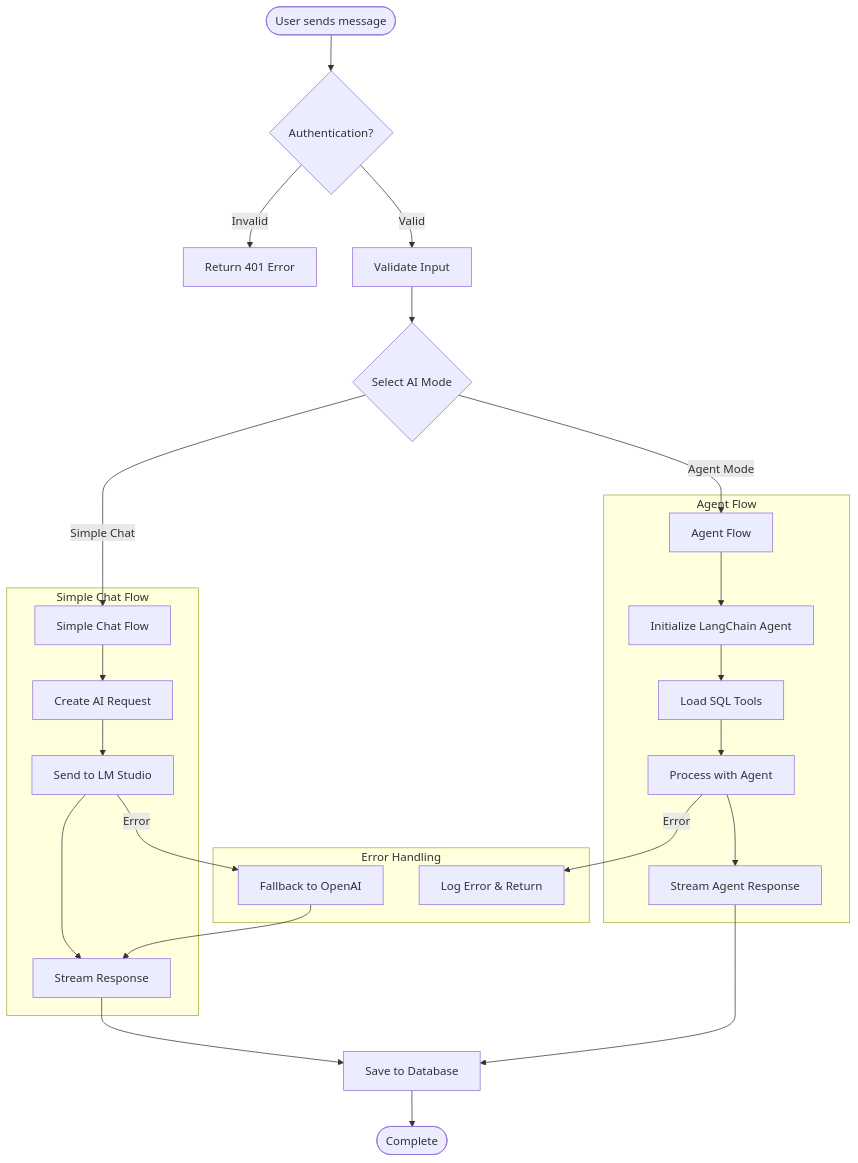
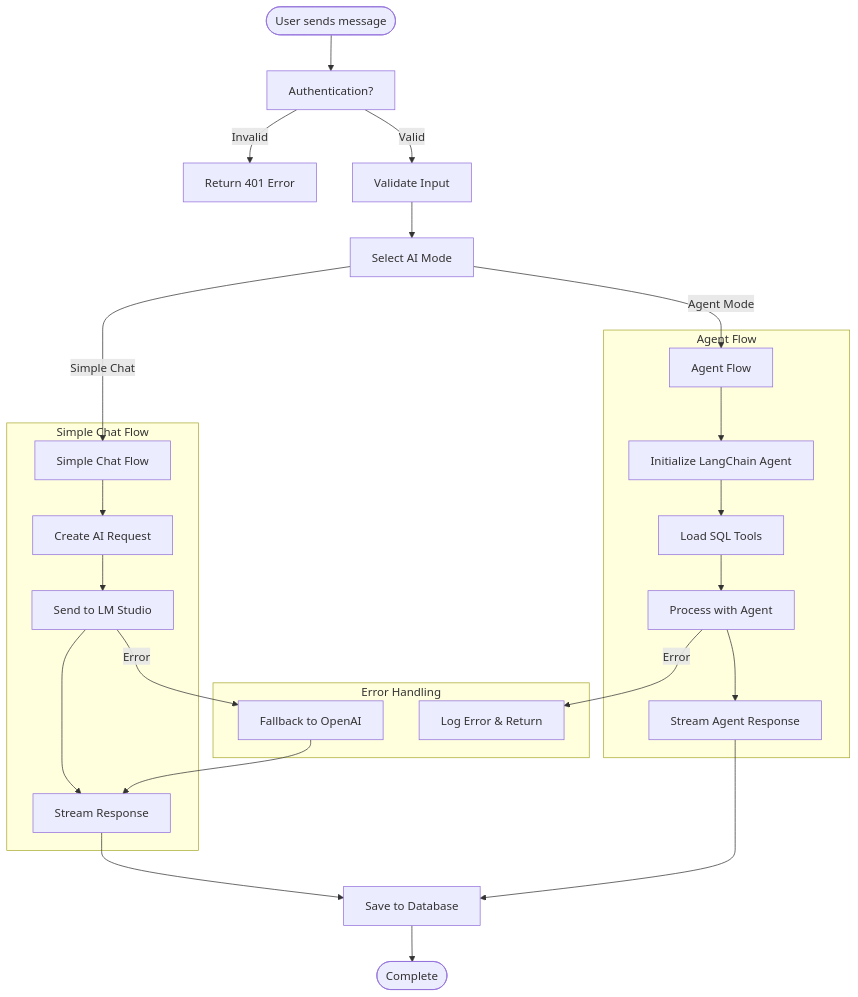
Before and after one commit to tcc3281/tcc_log: the fourth of 15 diagrams in docs/business-analysis/ai-chatbot-comprehensive.md, drawn with Mermaid. The commit also changed other lines of this file and 9 other files, not shown here.

````diff
--- a/docs/business-analysis/ai-chatbot-comprehensive.md
+++ b/docs/business-analysis/ai-chatbot-comprehensive.md
@@ -148,34 +148,34 @@
 ```mermaid
 flowchart TD
-    Start(["User sends message"]) --> Auth{Authentication?}
+    Start(["User sends message"]) --> Auth["Authentication?"]
     Auth -->|Invalid| AuthError["Return 401 Error"]
     Auth -->|Valid| ValidateInput["Validate Input"]
     
-    ValidateInput --> SelectMode{Select AI Mode}
+    ValidateInput --> SelectMode["Select AI Mode"]
     
     SelectMode -->|Simple Chat| SimpleFlow["Simple Chat Flow"]
     SelectMode -->|Agent Mode| AgentFlow["Agent Flow"]
     
     subgraph "Simple Chat Flow"
         SimpleFlow --> CreateRequest["Create AI Request"]
         CreateRequest --> SendToLM["Send to LM Studio"]
         SendToLM --> StreamResponse["Stream Response"]
     end
     
     subgraph "Agent Flow"
         AgentFlow --> InitAgent["Initialize LangChain Agent"]
         InitAgent --> LoadTools["Load SQL Tools"]
         LoadTools --> ProcessAgent["Process with Agent"]
         ProcessAgent --> AgentStream["Stream Agent Response"]
     end
     
     StreamResponse --> SaveHistory["Save to Database"]
     AgentStream --> SaveHistory
     SaveHistory --> End(["Complete"])
     
     subgraph "Error Handling"
         SendToLM -->|Error| ErrorFallback["Fallback to OpenAI"]
         ErrorFallback --> StreamResponse
         ProcessAgent -->|Error| ErrorLog["Log Error & Return"]
     end
 ```
````
